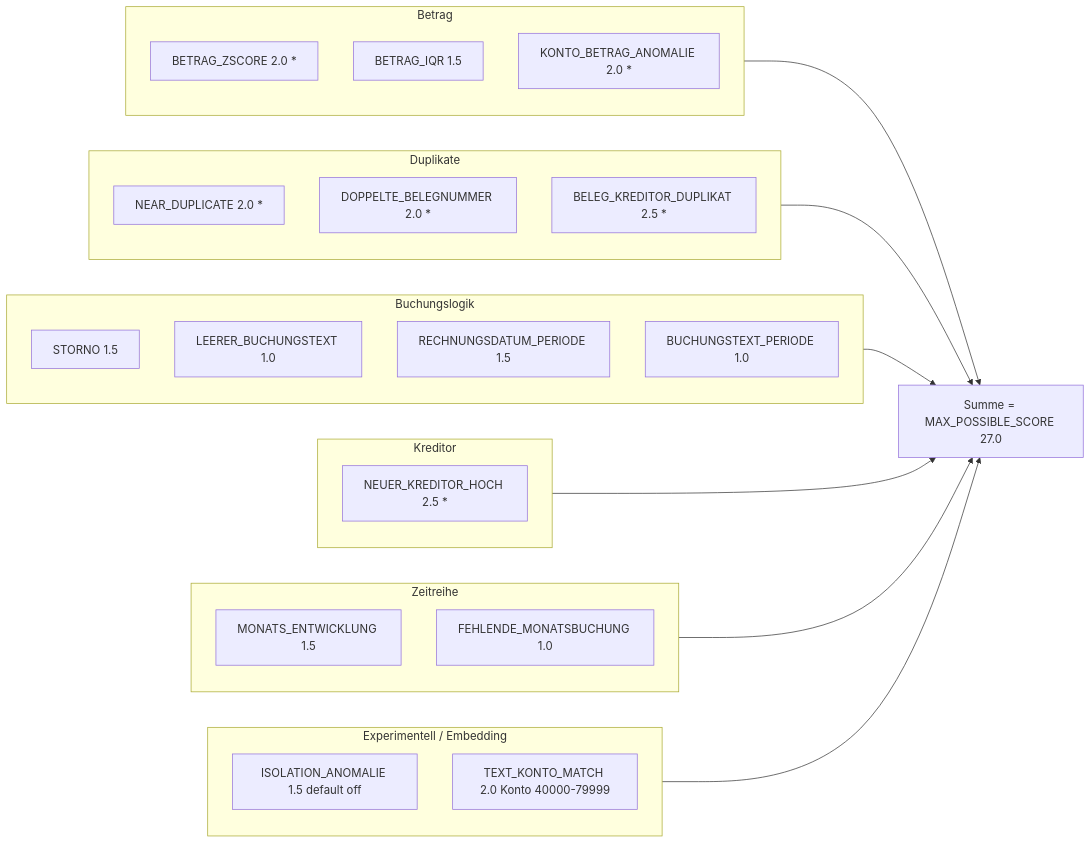
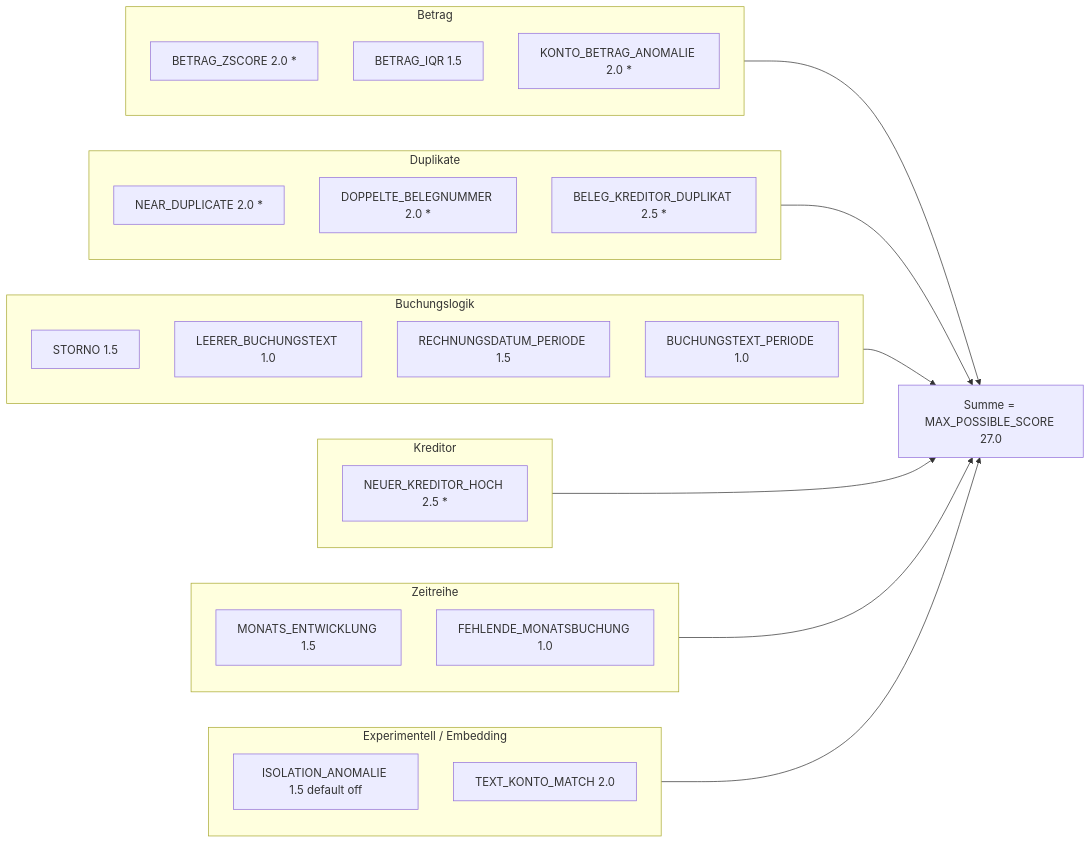
Before and after one commit to Nileneb/prefilter-api: the second of 2 diagrams in docs/BERECHNUNG.md, drawn with Mermaid. The commit also changed other lines of this file and 10 other files, not shown here.

````diff
--- a/docs/BERECHNUNG.md
+++ b/docs/BERECHNUNG.md
@@ -73,36 +73,36 @@
 ```mermaid
 flowchart LR
     subgraph BE["Betrag"]
       A1["BETRAG_ZSCORE 2.0 *"]
       A2["BETRAG_IQR 1.5"]
       A3["KONTO_BETRAG_ANOMALIE 2.0 *"]
     end
     subgraph DU["Duplikate"]
       B1["NEAR_DUPLICATE 2.0 *"]
       B2["DOPPELTE_BELEGNUMMER 2.0 *"]
       B3["BELEG_KREDITOR_DUPLIKAT 2.5 *"]
     end
     subgraph LO["Buchungslogik"]
       C1["STORNO 1.5"]
       C2["LEERER_BUCHUNGSTEXT 1.0"]
       C3["RECHNUNGSDATUM_PERIODE 1.5"]
       C4["BUCHUNGSTEXT_PERIODE 1.0"]
     end
     subgraph KR["Kreditor"]
       D1["NEUER_KREDITOR_HOCH 2.5 *"]
     end
     subgraph ZR["Zeitreihe"]
       E1["MONATS_ENTWICKLUNG 1.5"]
       E2["FEHLENDE_MONATSBUCHUNG 1.0"]
     end
     subgraph EX["Experimentell / Embedding"]
       F1["ISOLATION_ANOMALIE 1.5 default off"]
-      F2["TEXT_KONTO_MATCH 2.0 Konto 40000-79999"]
+      F2["TEXT_KONTO_MATCH 2.0"]
     end
     BE --> S["Summe = MAX_POSSIBLE_SCORE 27.0"]
     DU --> S
     LO --> S
     KR --> S
     ZR --> S
     EX --> S
 ```
````
